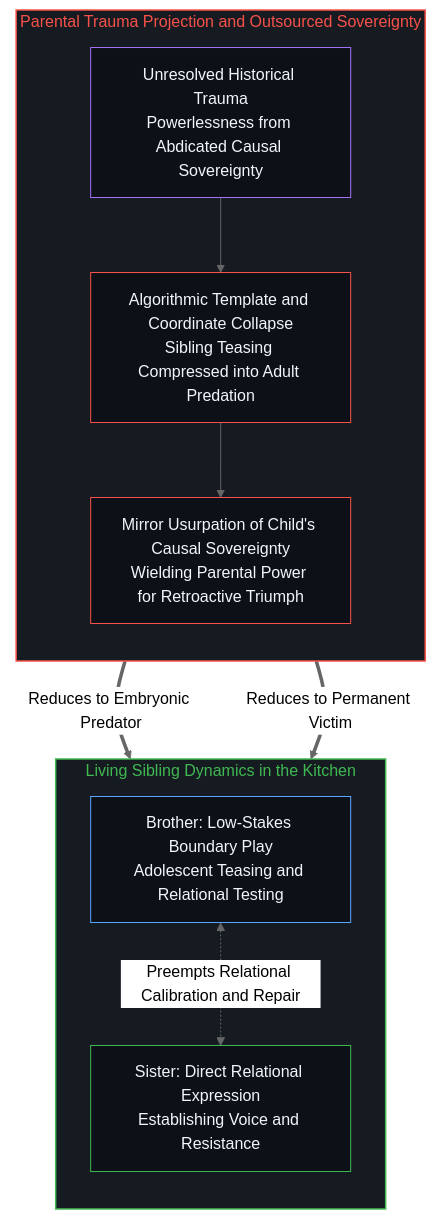
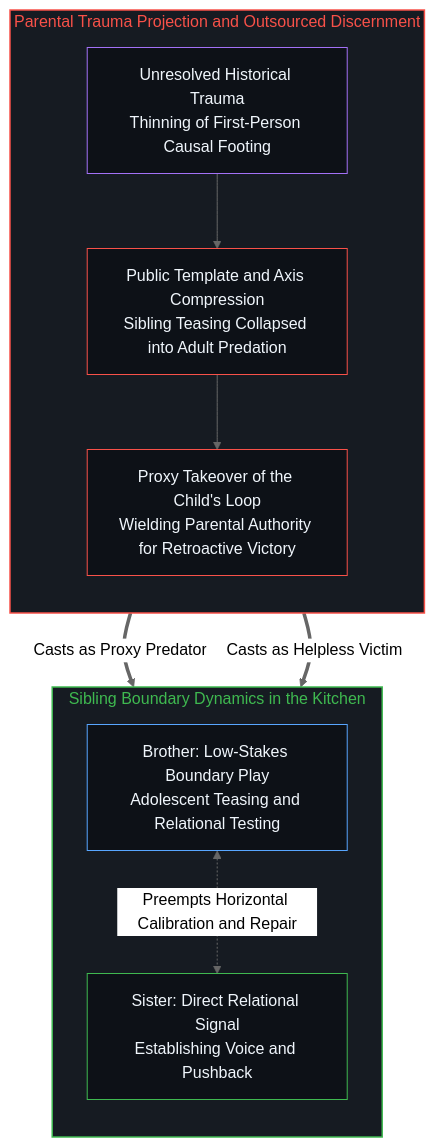
The second of 6 diagrams in content/posts/the-unfrictioned-mind-and-borrowed-omnipotence.md (powerpig99/not-a-toe), drawn with Mermaid (neutral theme) before and after one commit. The commit also changed other lines of this file and 3 other files, not shown here.

````diff
--- a/content/posts/the-unfrictioned-mind-and-borrowed-omnipotence.md
+++ b/content/posts/the-unfrictioned-mind-and-borrowed-omnipotence.md
@@ -45,25 +45,25 @@
 ```mermaid
 flowchart TD
-  subgraph S_PAR["Parental Trauma Projection and Outsourced Sovereignty"]
+  subgraph S_PAR["Parental Trauma Projection and Outsourced Discernment"]
     direction TB
-    P_TRAUMA["Unresolved Historical Trauma<br/>Powerlessness from Abdicated Causal Sovereignty"]
-    P_COMPRESS["Algorithmic Template and Coordinate Collapse<br/>Sibling Teasing Compressed into Adult Predation"]
-    P_GHOST["Mirror Usurpation of Child's Causal Sovereignty<br/>Wielding Parental Power for Retroactive Triumph"]
+    P_TRAUMA["Unresolved Historical Trauma<br/>Thinning of First-Person Causal Footing"]
+    P_COMPRESS["Public Template and Axis Compression<br/>Sibling Teasing Collapsed into Adult Predation"]
+    P_GHOST["Proxy Takeover of the Child's Loop<br/>Wielding Parental Authority for Retroactive Victory"]
   end
-  subgraph S_REAL["Living Sibling Dynamics in the Kitchen"]
+  subgraph S_REAL["Sibling Boundary Dynamics in the Kitchen"]
     direction TB
     R_BROTHER["Brother: Low-Stakes Boundary Play<br/>Adolescent Teasing and Relational Testing"]
-    R_SISTER["Sister: Direct Relational Expression<br/>Establishing Voice and Resistance"]
+    R_SISTER["Sister: Direct Relational Signal<br/>Establishing Voice and Pushback"]
   end
   P_TRAUMA --> P_COMPRESS --> P_GHOST
-  P_GHOST ==>|"Reduces to Embryonic Predator"| R_BROTHER
-  P_GHOST ==>|"Reduces to Permanent Victim"| R_SISTER
-  R_BROTHER <-.->|"Preempts Relational Calibration and Repair"| R_SISTER
+  P_GHOST ==>|"Casts as Proxy Predator"| R_BROTHER
+  P_GHOST ==>|"Casts as Helpless Victim"| R_SISTER
+  R_BROTHER <-.->|"Preempts Horizontal Calibration and Repair"| R_SISTER
   style S_PAR fill:#161b22,stroke:#f85149,stroke-width:1.5px,color:#f85149
   style S_REAL fill:#161b22,stroke:#3fb950,stroke-width:1.5px,color:#3fb950
   style P_TRAUMA fill:#0d1117,stroke:#a371f7,stroke-width:1px,color:#f0f6fc
   style P_COMPRESS fill:#0d1117,stroke:#f85149,stroke-width:1px,color:#f0f6fc
   style P_GHOST fill:#0d1117,stroke:#f85149,stroke-width:1px,color:#f0f6fc
   style R_BROTHER fill:#0d1117,stroke:#58a6ff,stroke-width:1px,color:#f0f6fc
   style R_SISTER fill:#0d1117,stroke:#3fb950,stroke-width:1px,color:#f0f6fc
 ```
````
